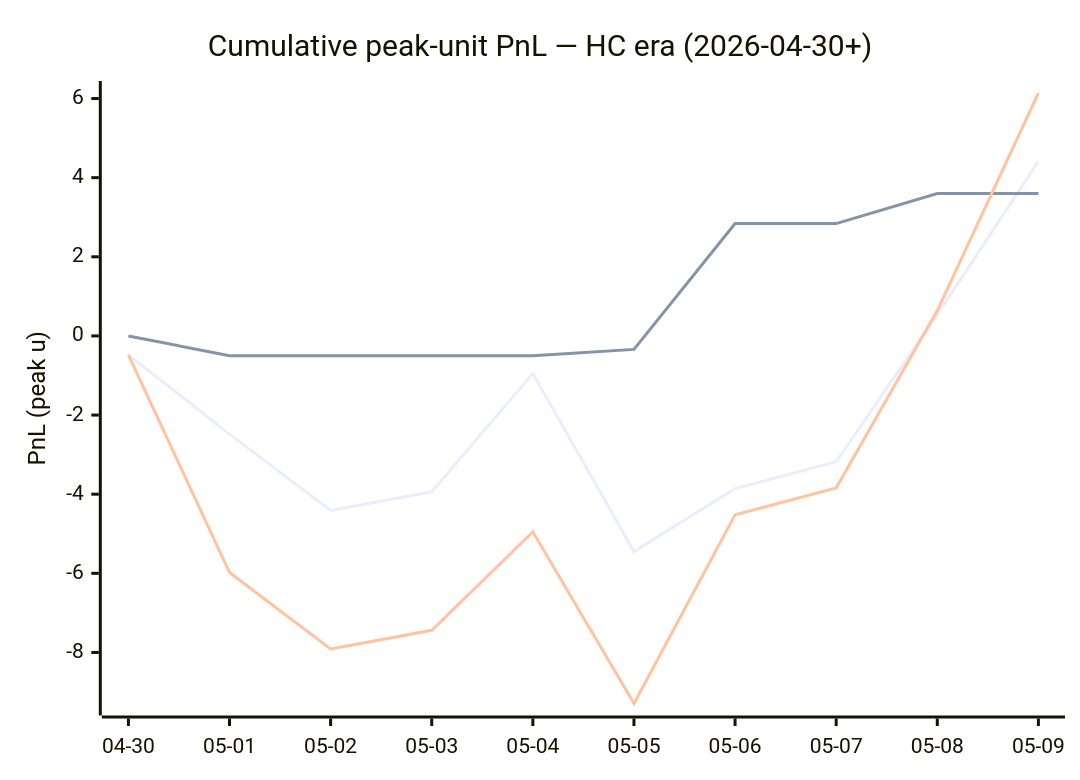
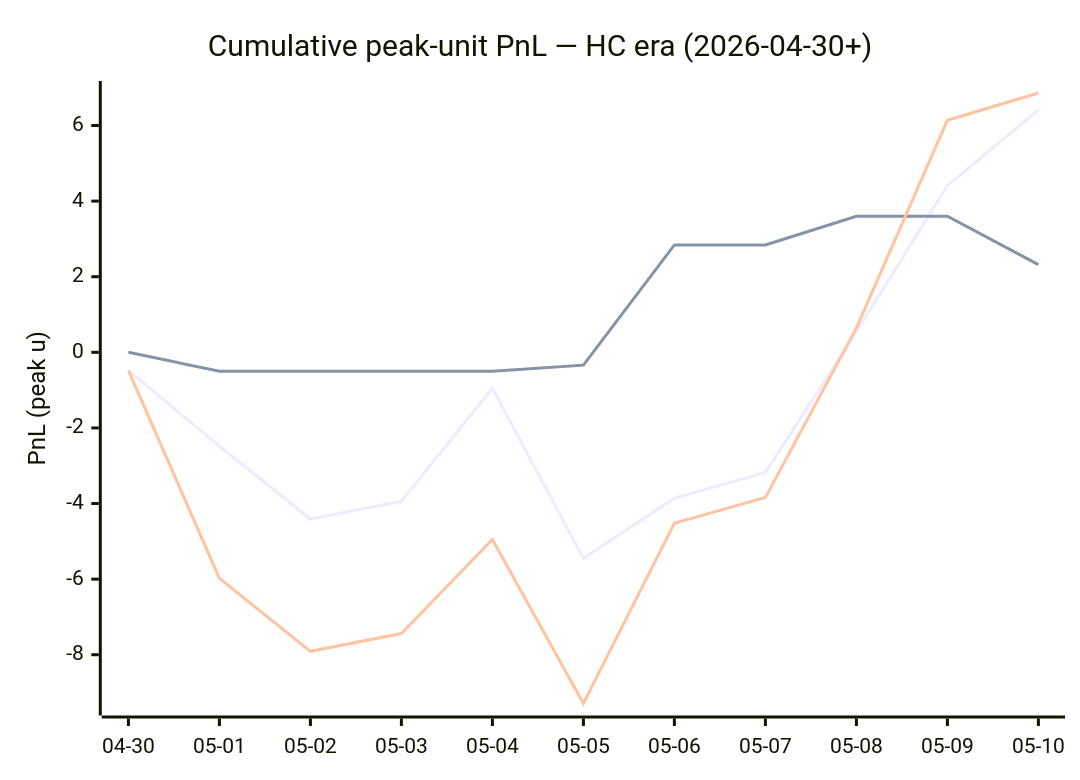
One commit to dpk1212/nhl-savant changed the diagram in DAILY_V6_REPORT.md. Above: the diagram before and after it, drawn with Mermaid. The commit also changed other lines of this file, not shown here.

````diff
--- a/DAILY_V6_REPORT.md
+++ b/DAILY_V6_REPORT.md
@@ -170,9 +178,9 @@
 ```mermaid
 xychart-beta
     title "Cumulative peak-unit PnL — HC era (2026-04-30+)"
-    x-axis ["04-30", "05-01", "05-02", "05-03", "05-04", "05-05", "05-06", "05-07", "05-08", "05-09"]
+    x-axis ["04-30", "05-01", "05-02", "05-03", "05-04", "05-05", "05-06", "05-07", "05-08", "05-09", "05-10"]
     y-axis "PnL (peak u)"
-    line "HC ≥ +1" [-0.48, -2.48, -4.41, -3.94, -0.95, -5.45, -3.86, -3.18, 0.54, 4.41]
-    line "HC = 0"  [0.00, -0.50, -0.50, -0.50, -0.50, -0.34, 2.84, 2.84, 3.60, 3.60]
-    line "All (HC era)" [-0.48, -5.98, -7.91, -7.44, -4.95, -9.29, -4.52, -3.84, 0.64, 6.14]
+    line "HC ≥ +1" [-0.48, -2.48, -4.41, -3.94, -0.95, -5.45, -3.86, -3.18, 0.54, 4.41, 6.41]
+    line "HC = 0"  [0.00, -0.50, -0.50, -0.50, -0.50, -0.34, 2.84, 2.84, 3.60, 3.60, 2.32]
+    line "All (HC era)" [-0.48, -5.98, -7.91, -7.44, -4.95, -9.29, -4.52, -3.84, 0.64, 6.14, 6.86]
 ```
````
